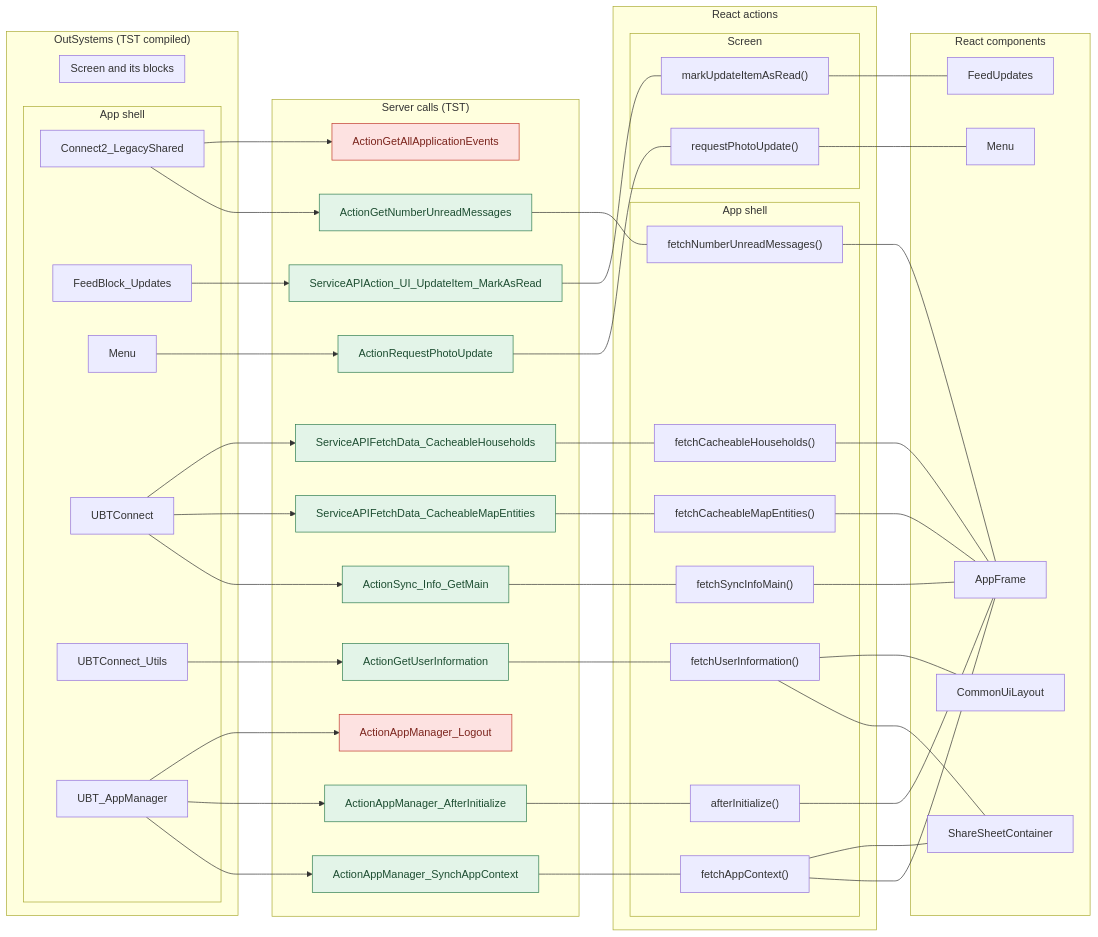
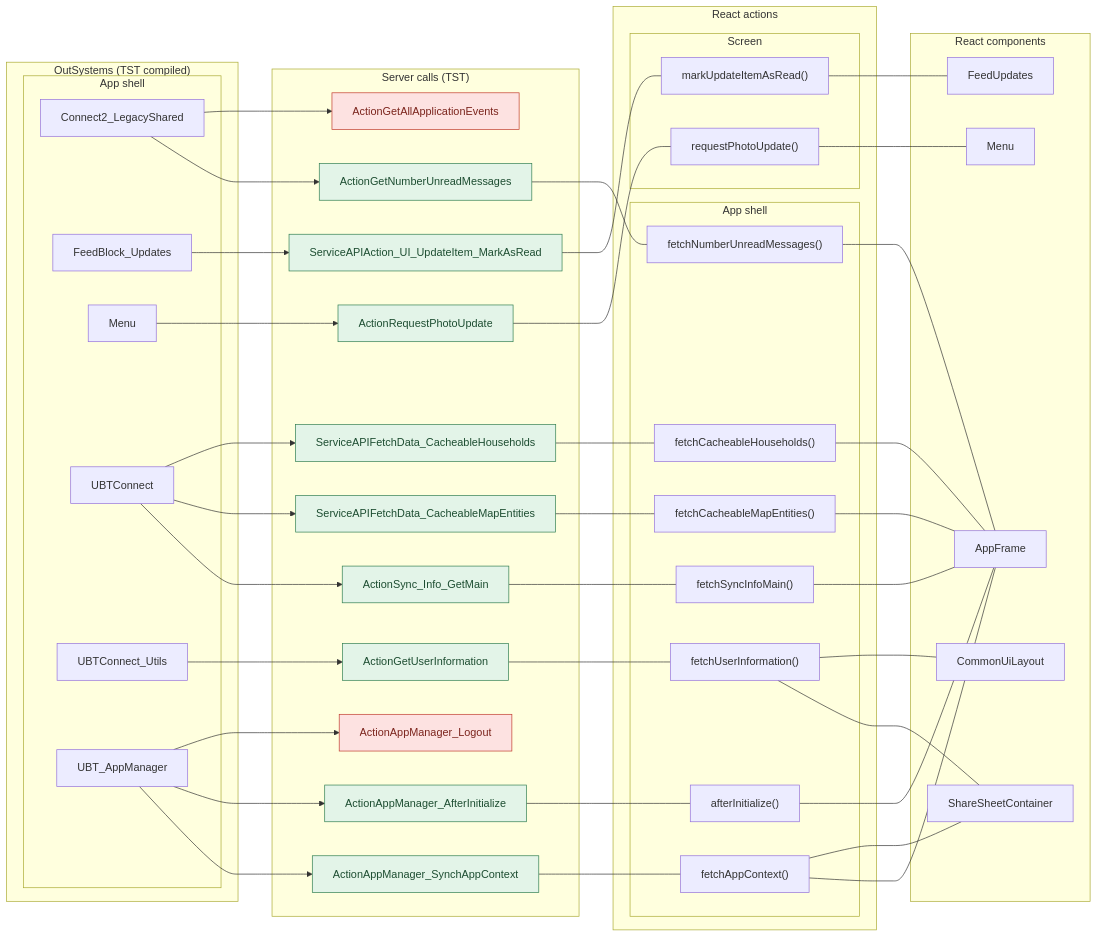
The first of 13 diagrams in route-actions/APP_SHELL.md (Phoenix-DX/connect-new-ui), drawn with Mermaid before and after one commit. The commit also changed 6 other files, not shown here.

Commit message:
route actions tool: no empty diagram or empty subgraphs (Mermaid wrapped their titles); APP_SHELL merges only the checked routes

```diff
--- a/route-actions/APP_SHELL.md
+++ b/route-actions/APP_SHELL.md
@@ -25,8 +25,6 @@
       o3["UBTConnect"]
       o4["UBTConnect_Utils"]
       o5["UBT_AppManager"]
-    end
-    subgraph OS_screen["Screen and its blocks"]
     end
   end
   subgraph EP["Server calls (TST)"]
```
